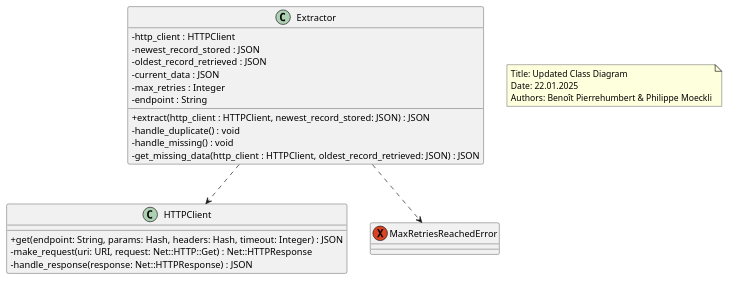
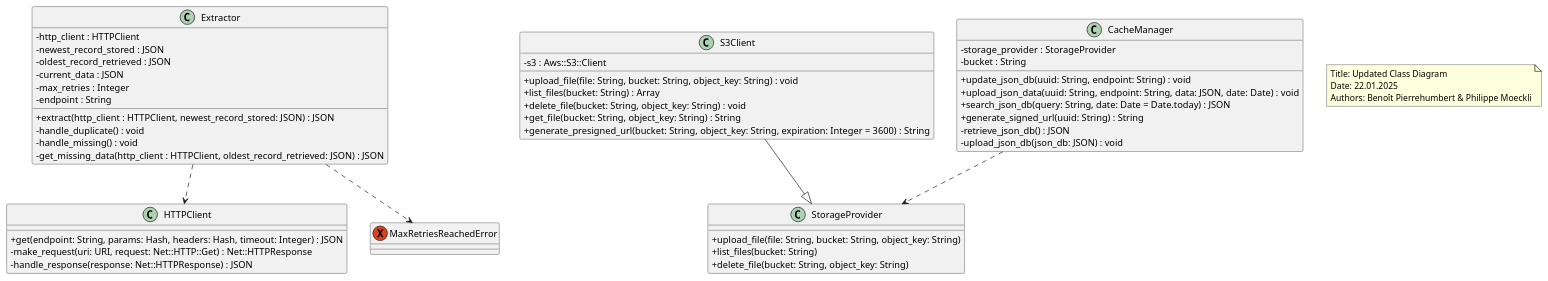
Before and after one commit to CPNV-ES-BI1-SBB/EXTERNAL-SOURCE-EXTRACT: the diagram in docs/class_diagram.puml, drawn with PlantUML. The commit also changed 1 other file, not shown here.

Commit message:
docs: update class diagram with s3 client + cache

```diff
--- a/docs/class_diagram.puml
+++ b/docs/class_diagram.puml
@@ -1,35 +1,64 @@
 @startuml
 
 skinparam classAttributeIconSize 0
 
 class Extractor {
   - http_client : HTTPClient
   - newest_record_stored : JSON
   - oldest_record_retrieved : JSON
   - current_data : JSON
   - max_retries : Integer
   - endpoint : String
   + extract(http_client : HTTPClient, newest_record_stored: JSON) : JSON
   - handle_duplicate() : void
   - handle_missing() : void
   - get_missing_data(http_client : HTTPClient, oldest_record_retrieved: JSON) : JSON
 }
 
 class HTTPClient {
   + get(endpoint: String, params: Hash, headers: Hash, timeout: Integer) : JSON
   - make_request(uri: URI, request: Net::HTTP::Get) : Net::HTTPResponse
   - handle_response(response: Net::HTTPResponse) : JSON
 }
 
+class S3Client {
+  - s3 : Aws::S3::Client
+  + upload_file(file: String, bucket: String, object_key: String) : void
+  + list_files(bucket: String) : Array
+  + delete_file(bucket: String, object_key: String) : void
+  + get_file(bucket: String, object_key: String) : String
+  + generate_presigned_url(bucket: String, object_key: String, expiration: Integer = 3600) : String
+}
+
+class StorageProvider {
+  + upload_file(file: String, bucket: String, object_key: String)
+  + list_files(bucket: String)
+  + delete_file(bucket: String, object_key: String)
+}
+
+class CacheManager {
+  - storage_provider : StorageProvider
+  - bucket : String
+  + update_json_db(uuid: String, endpoint: String) : void
+  + upload_json_data(uuid: String, endpoint: String, data: JSON, date: Date) : void
+  + search_json_db(query: String, date: Date = Date.today) : JSON
+  + generate_signed_url(uuid: String) : String
+  - retrieve_json_db() : JSON
+  - upload_json_db(json_db: JSON) : void
+}
+
 Exception MaxRetriesReachedError {}
 
 Extractor ..> HTTPClient
 Extractor ..> MaxRetriesReachedError
+
+S3Client --|> StorageProvider
+CacheManager ..> StorageProvider
 
 note as N1
   Title: Updated Class Diagram
   Date: 22.01.2025
   Authors: Benoît Pierrehumbert & Philippe Moeckli
 end note
 
 @enduml
```
